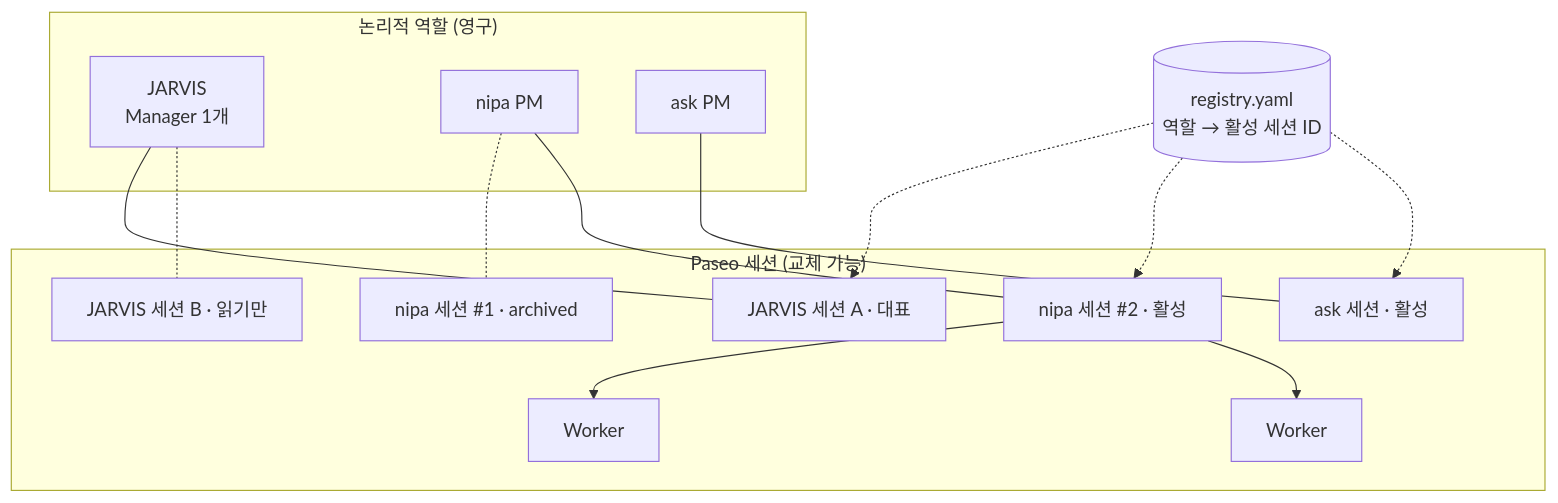
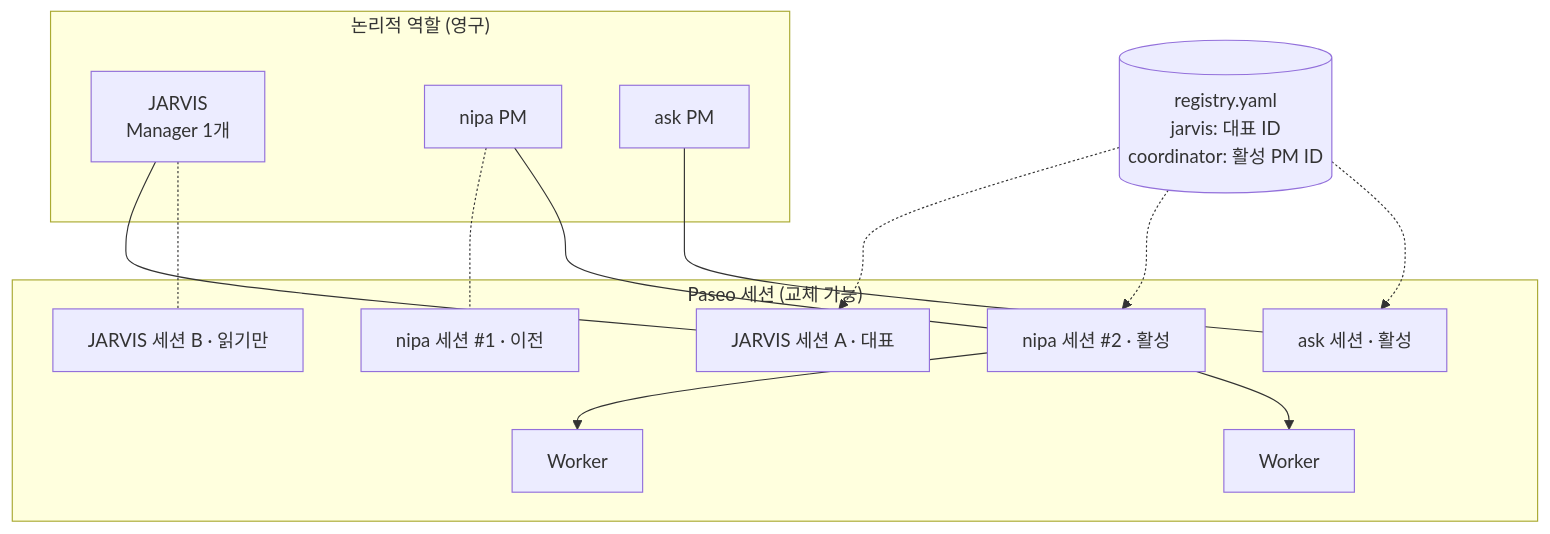
The first of 5 diagrams in docs/02_Agent_Lifecycle_Management.md (smdeveloper7/jarvis), drawn with Mermaid before and after one commit. The commit also changed other lines of this file and 6 other files, not shown here.

````diff
--- a/docs/02_Agent_Lifecycle_Management.md
+++ b/docs/02_Agent_Lifecycle_Management.md
@@ -11,28 +14,28 @@
 ```mermaid
 flowchart TD
     subgraph L["논리적 역할 (영구)"]
         M["JARVIS<br/>Manager 1개"]
         P1["nipa PM"]
         P2["ask PM"]
     end
     subgraph S["Paseo 세션 (교체 가능)"]
         MS1["JARVIS 세션 A · 대표"]
         MS2["JARVIS 세션 B · 읽기만"]
-        PS0["nipa 세션 #1 · archived"]
+        PS0["nipa 세션 #1 · 이전"]
         PS1["nipa 세션 #2 · 활성"]
         AS1["ask 세션 · 활성"]
         W1["Worker"]
         W2["Worker"]
     end
     M --- MS1
     M -.- MS2
     P1 -.- PS0
     P1 --- PS1
     P2 --- AS1
     PS1 --> W1
     PS1 --> W2
-    REG[("registry.yaml<br/>역할 → 활성 세션 ID")]
+    REG[("registry.yaml<br/>jarvis: 대표 ID<br/>coordinator: 활성 PM ID")]
     REG -.-> MS1
     REG -.-> PS1
     REG -.-> AS1
 ```
````
